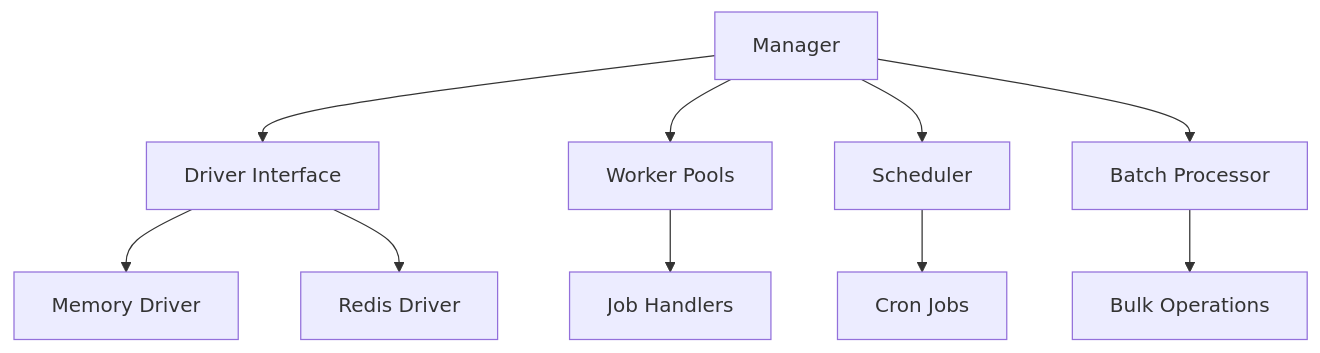
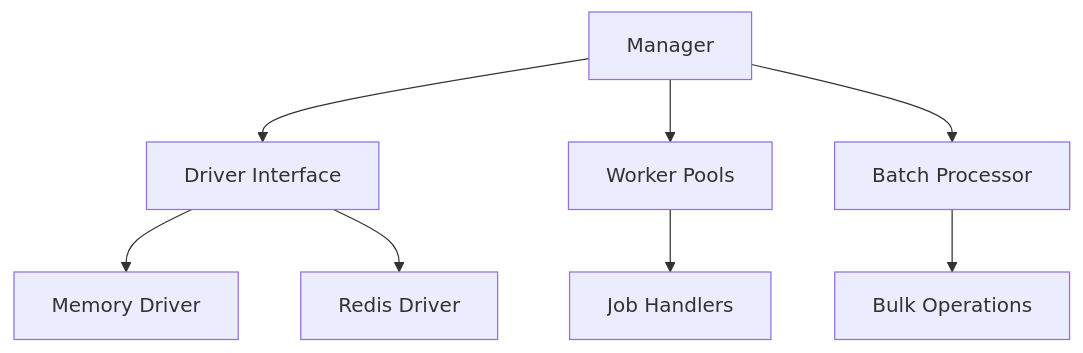
One commit to donnigundala/dg-queue changed the first of 2 diagrams in docs/ARCHITECTURE.md. Above: the diagram before and after it, drawn with Mermaid. The commit also changed other lines of this file and 14 other files, not shown here.

````diff
--- a/docs/ARCHITECTURE.md
+++ b/docs/ARCHITECTURE.md
@@ -9,14 +9,12 @@
 ```mermaid
 graph TB
     A[Manager] --> B[Driver Interface]
     A --> C[Worker Pools]
-    A --> D[Scheduler]
     A --> E[Batch Processor]
     
     B --> F[Memory Driver]
     B --> G[Redis Driver]
     
     C --> H[Job Handlers]
-    D --> I[Cron Jobs]
     E --> J[Bulk Operations]
 ```
````
